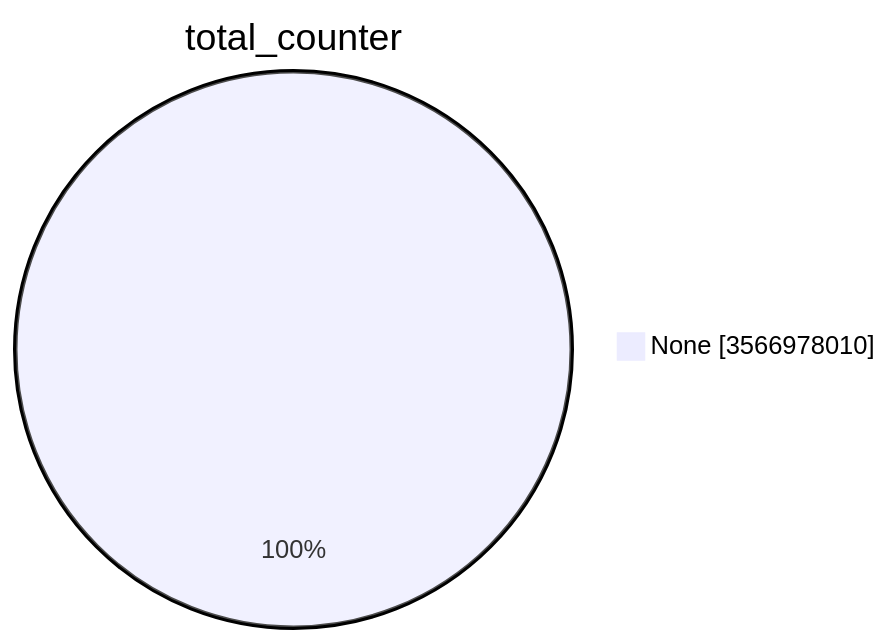
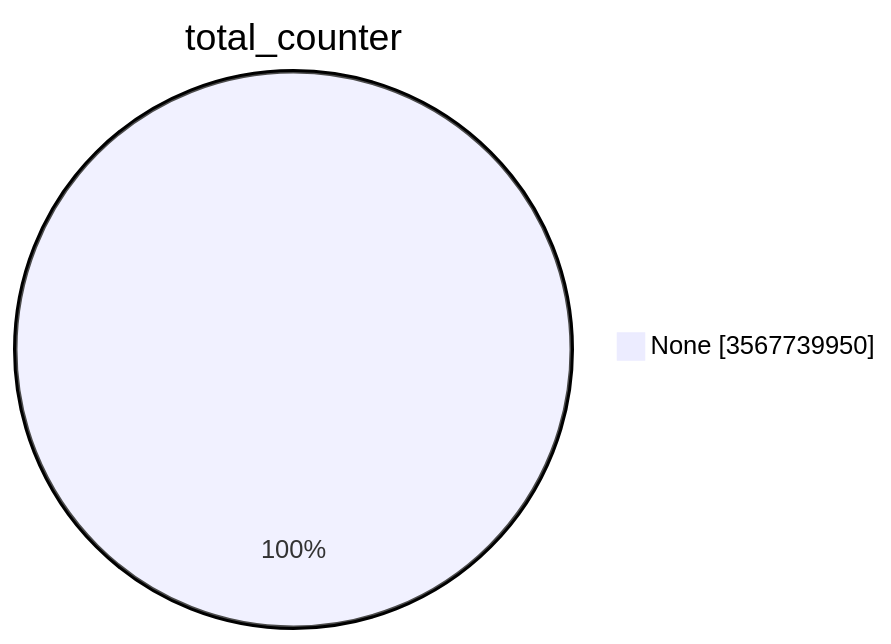
One commit to christiankrug/ctmonitor_visualization changed the first of 15 diagrams in TOTAL/README.md. Above: the diagram before and after it, drawn with Mermaid. The commit also changed other lines of this file, not shown here.

````diff
--- a/TOTAL/README.md
+++ b/TOTAL/README.md
@@ -1,5 +1,5 @@
 ```mermaid
 pie showData
 title total_counter
-"None" :3566978010
+"None" :3567739950
 ```
````
